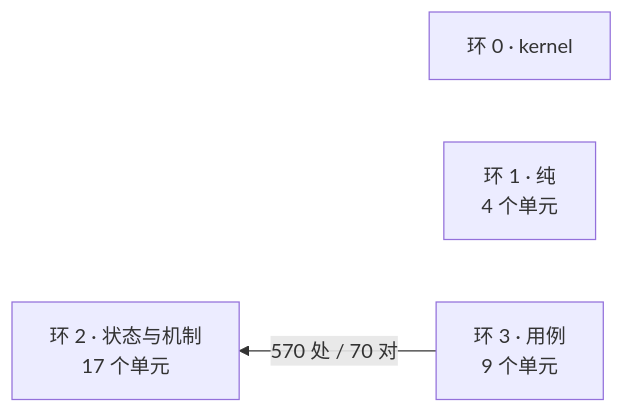
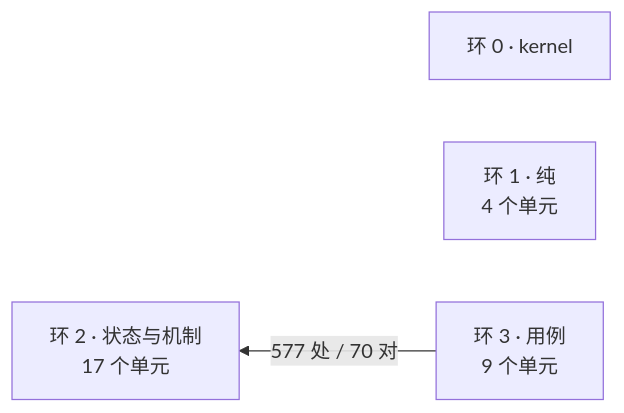
The diagram in docs/architecture/dependency-map.md (theRMM714/Solomni), drawn with Mermaid before and after one commit. The commit also changed other lines of this file and 53 other files, not shown here.

````diff
--- a/docs/architecture/dependency-map.md
+++ b/docs/architecture/dependency-map.md
@@ -14,8 +14,8 @@
 ```mermaid
 flowchart RL
   R0["环 0 · kernel"]
   R1["环 1 · 纯<br/>4 个单元"]
   R2["环 2 · 状态与机制<br/>17 个单元"]
   R3["环 3 · 用例<br/>9 个单元"]
-  R3 -->|"570 处 / 70 对"| R2
+  R3 -->|"577 处 / 70 对"| R2
 ```
````
